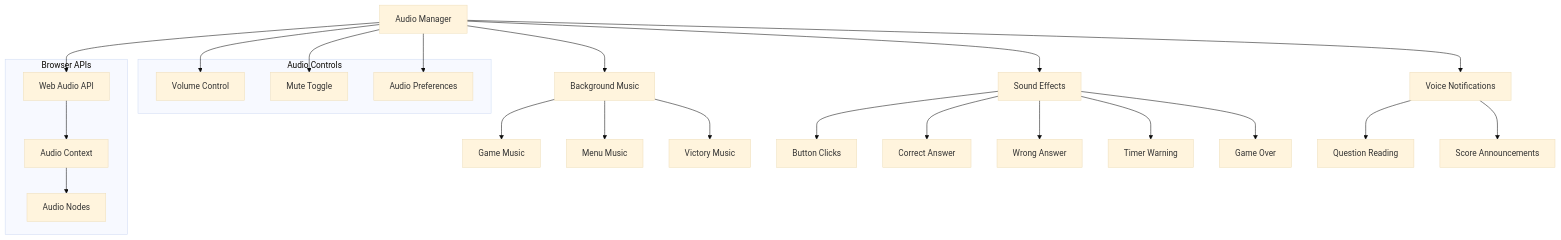
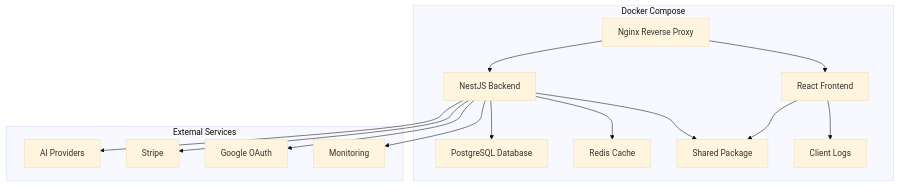
Before and after one commit to IsraelRub/EveryTriv: diagram 20 of 25 in docs/DIAGRAMS.md, drawn with Mermaid (base theme). The commit also changed other lines of this file and 597 other files, not shown here.

````diff
--- a/docs/DIAGRAMS.md
+++ b/docs/DIAGRAMS.md
@@ -450,39 +1077,32 @@
 ```mermaid
-graph TD
-    A[Audio Manager] --> B[Background Music]
-    A --> C[Sound Effects]
-    A --> D[Voice Notifications]
-    
-    B --> B1[Game Music]
-    B --> B2[Menu Music]
-    B --> B3[Victory Music]
-    
-    C --> C1[Button Clicks]
-    C --> C2[Correct Answer]
-    C --> C3[Wrong Answer]
-    C --> C4[Timer Warning]
-    C --> C5[Game Over]
-    
-    D --> D1[Question Reading]
-    D --> D2[Score Announcements]
-    
-    subgraph "Audio Controls"
-        E[Volume Control]
-        F[Mute Toggle]
-        G[Audio Preferences]
+graph TB
+    subgraph "Docker Compose"
+        A[Nginx Reverse Proxy]
+        B[React Frontend]
+        C[NestJS Backend]
+        D[PostgreSQL Database]
+        E[Redis Cache]
+        F[Shared Package]
+        G[Client Logs]
     end
-    
-    A --> E
-    A --> F
-    A --> G
-    
-    subgraph "Browser APIs"
-        H[Web Audio API]
-        I[Audio Context]
-        J[Audio Nodes]
+
+    A --> B
+    A --> C
+    C --> D
+    C --> E
+    B --> F
+    C --> F
+    B --> G
+
+    subgraph "External Services"
+        H[AI Providers]
+        I[Stripe]
+        J[Google OAuth]
+        K[Monitoring]
     end
-    
-    A --> H
-    H --> I
-    I --> J
+
+    C --> H
+    C --> I
+    C --> J
+    C --> K
 ```
````
